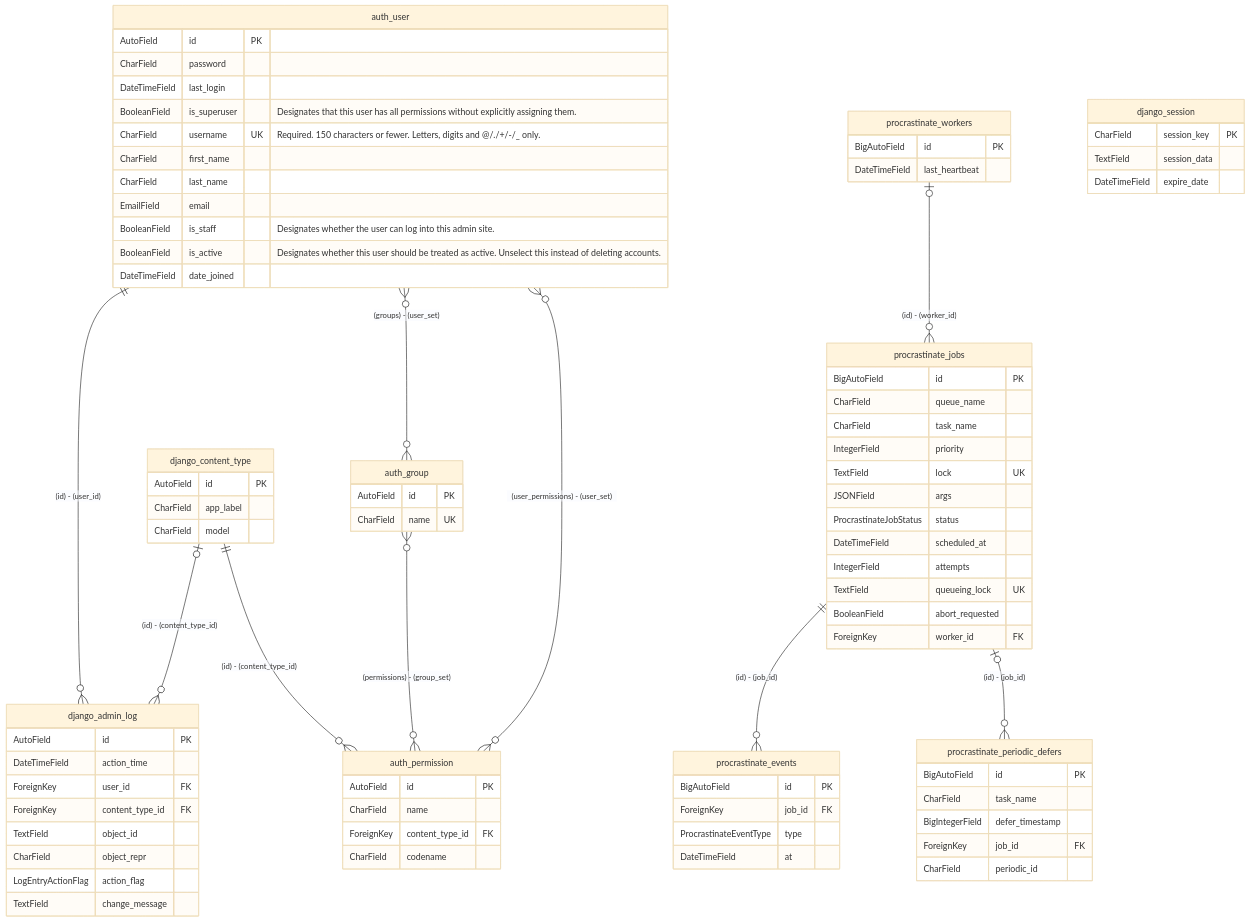
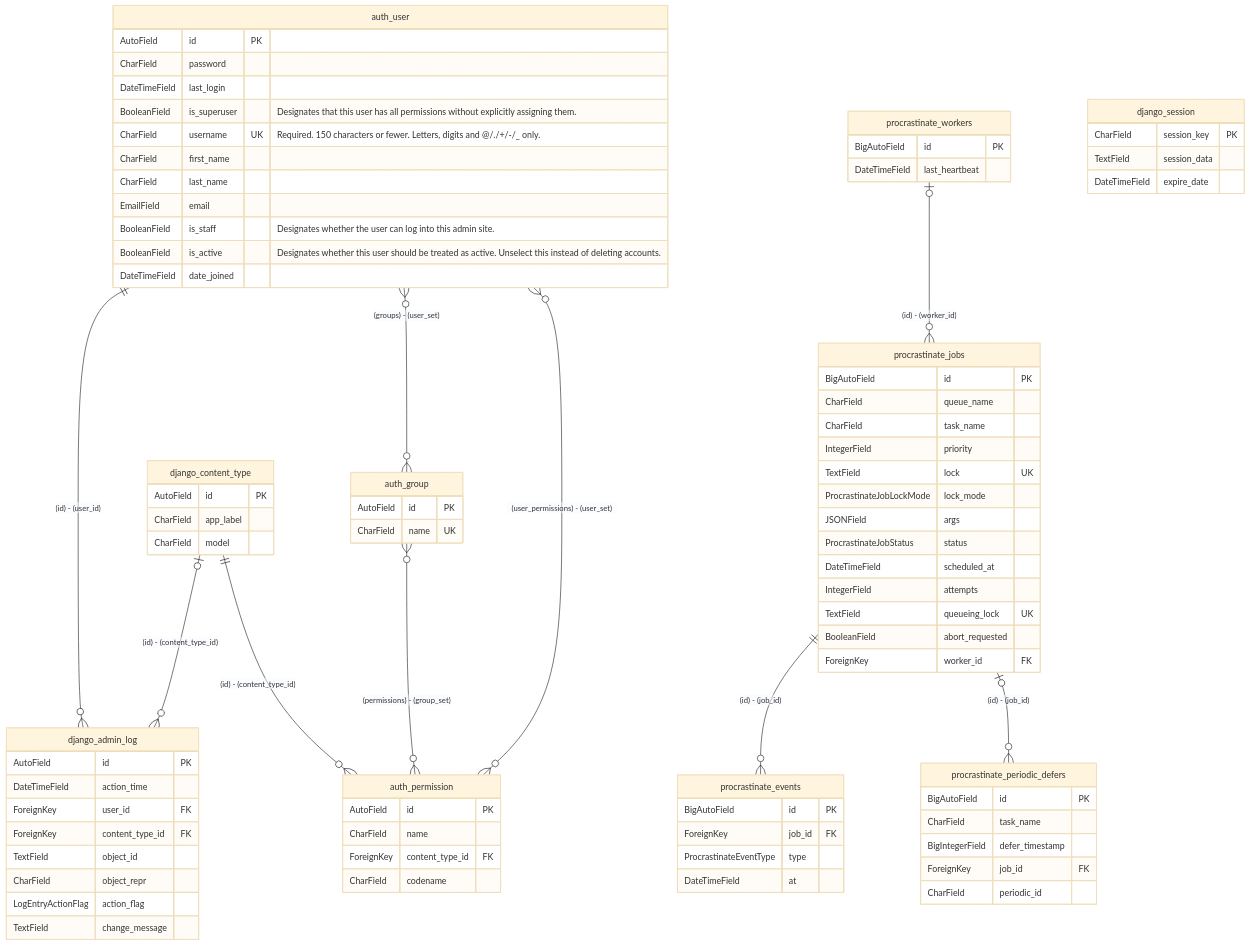
Before and after one commit to nakita628/orm-generators-examples: the diagram in apps/djangoer/examples/procrastinate/er.md, drawn with Mermaid (base theme). The commit also changed 10 other files, not shown here.

```diff
--- a/apps/djangoer/examples/procrastinate/er.md
+++ b/apps/djangoer/examples/procrastinate/er.md
@@ -62,6 +62,7 @@
         CharField task_name
         IntegerField priority
         TextField lock UK
+        ProcrastinateJobLockMode lock_mode
         JSONField args
         ProcrastinateJobStatus status
         DateTimeField scheduled_at
```
